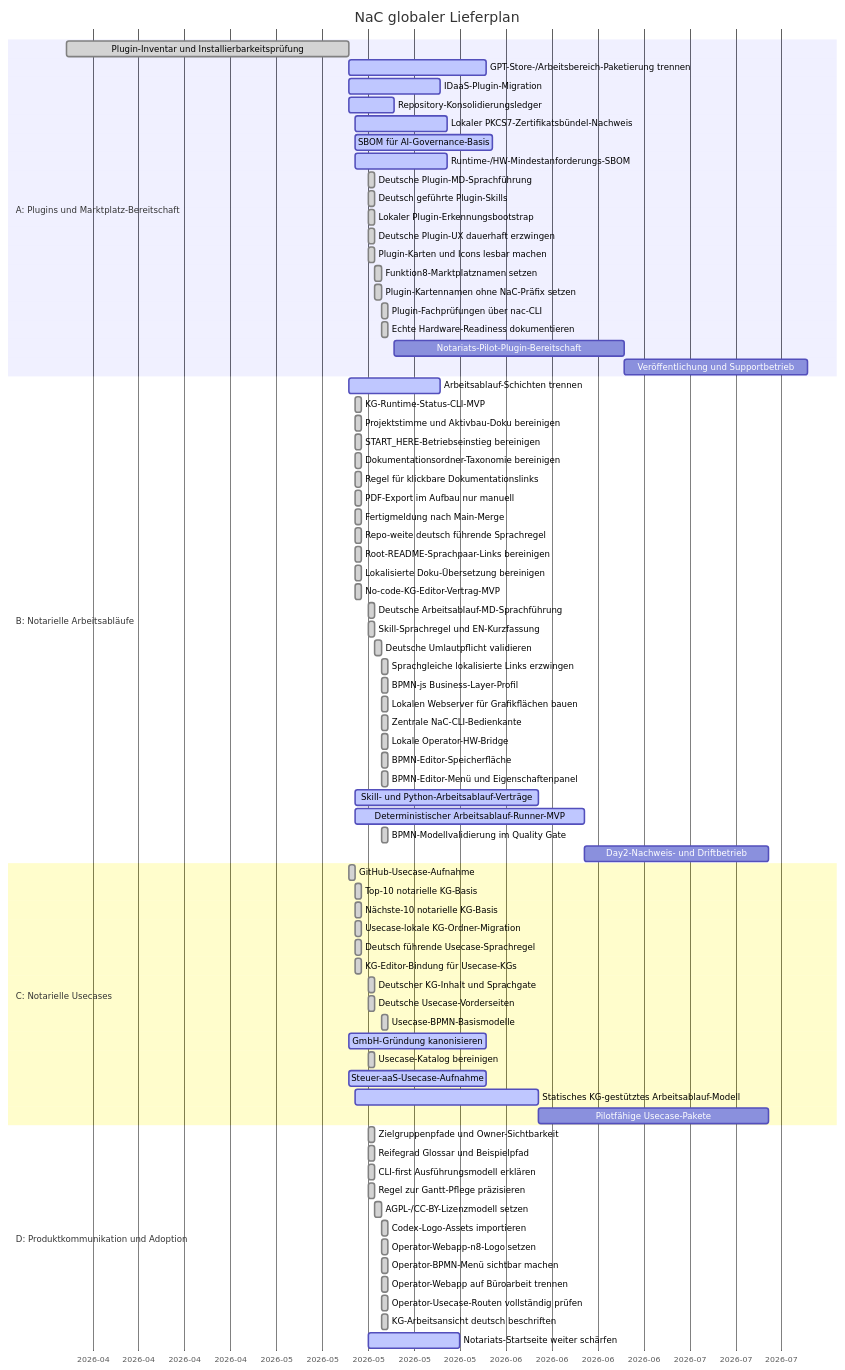
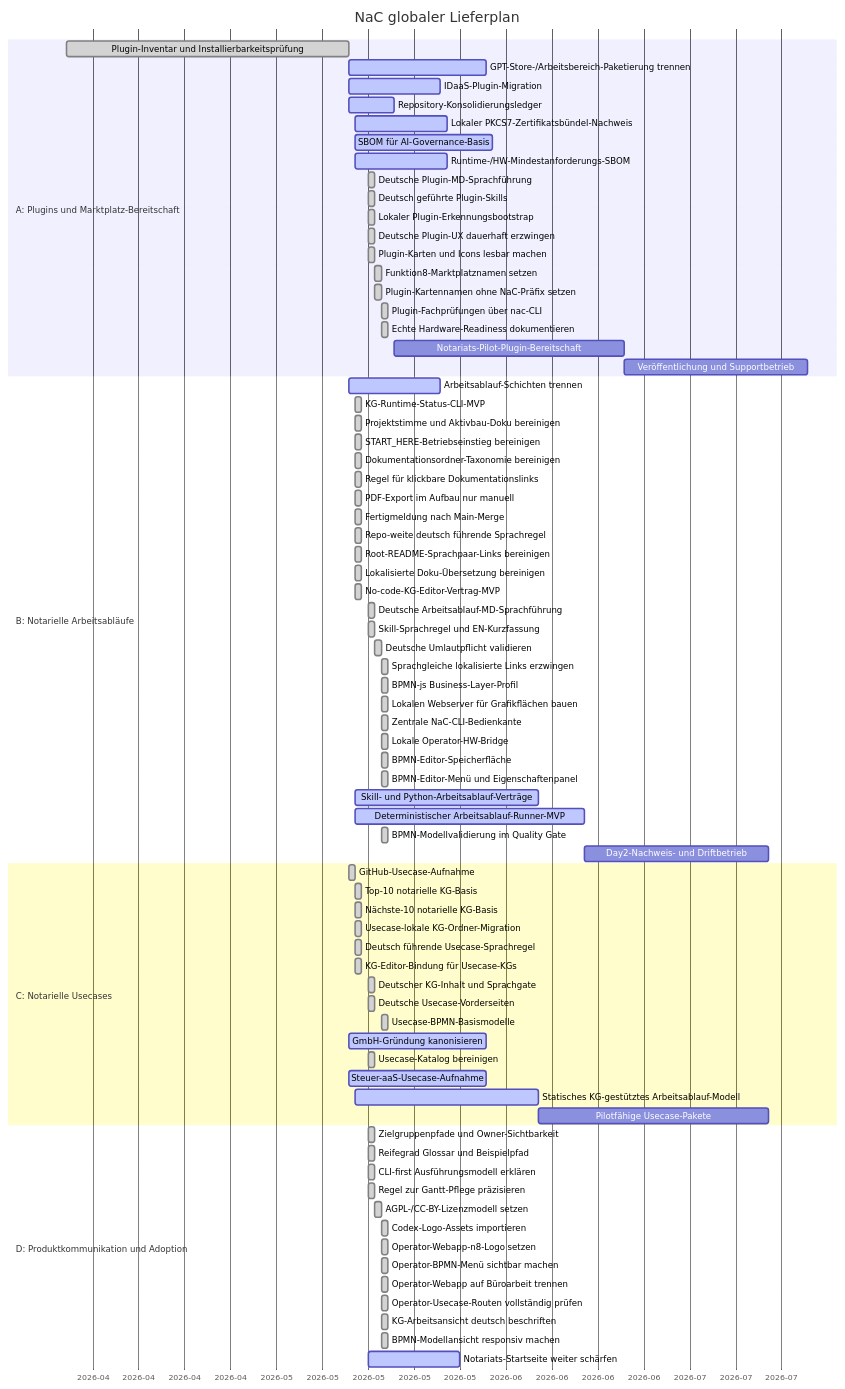
One commit to notariat8/NaC changed the diagram in roadmap/GANTT.md. Above: the diagram before and after it, drawn with Mermaid. The commit also changed other lines of this file and 4 other files, not shown here.

````diff
--- a/roadmap/GANTT.md
+++ b/roadmap/GANTT.md
@@ -93,5 +93,6 @@
     Operator-Webapp auf Büroarbeit trennen       :done,    d1h, 2026-05-19, 1d
     Operator-Usecase-Routen vollständig prüfen   :done,    d1i, 2026-05-19, 1d
     KG-Arbeitsansicht deutsch beschriften        :done,    d1j, 2026-05-19, 1d
+    BPMN-Modellansicht responsiv machen          :done,    d1k, 2026-05-19, 1d
     Notariats-Startseite weiter schärfen        :active,  d2, 2026-05-17, 14d
 ```
````
